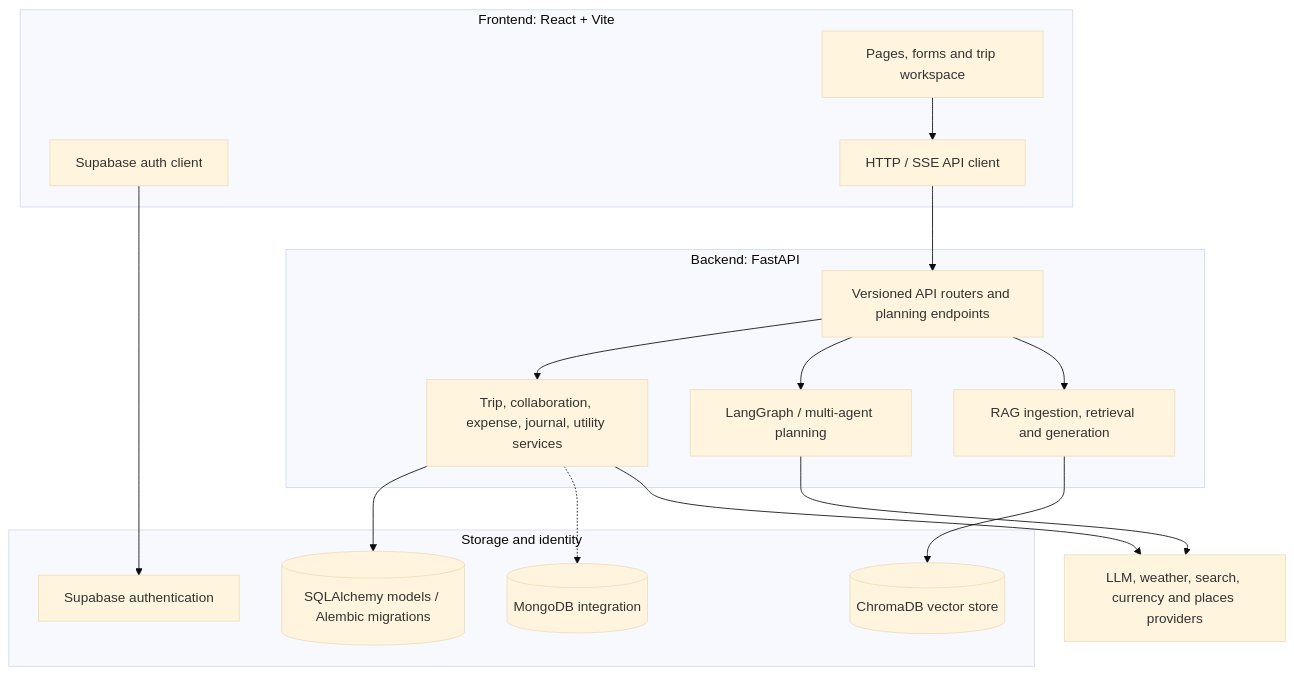
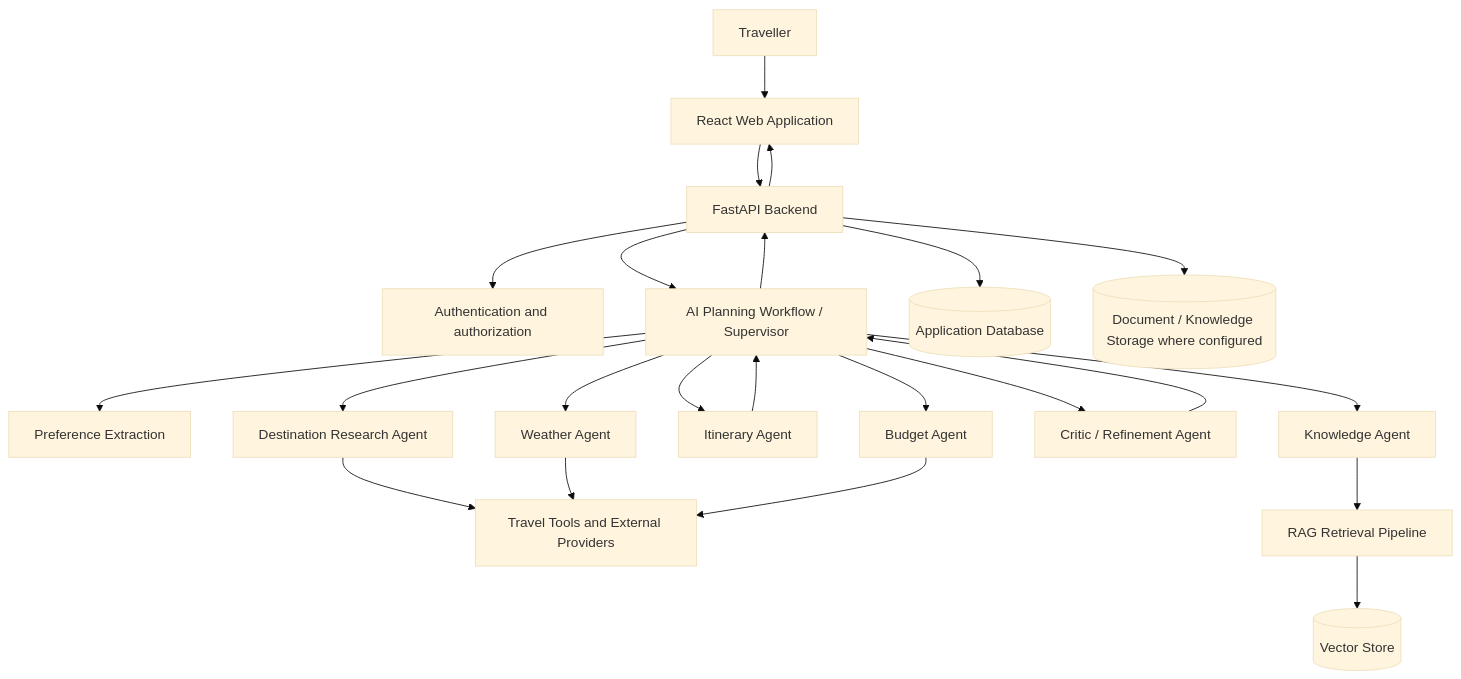
One commit to patilshrutika1803/Grevix_AITripWeaver changed the fourth of 7 diagrams in README.md. Above: the diagram before and after it, drawn with Mermaid (base theme). The commit also changed other lines of this file, not shown here.

````diff
--- a/README.md
+++ b/README.md
@@ -240,31 +303,25 @@
 ```mermaid
 flowchart TB
-  subgraph Client[Frontend: React + Vite]
-    UI[Pages, forms and trip workspace]
-    AuthUI[Supabase auth client]
-    APIClient[HTTP / SSE API client]
-  end
-  subgraph Server[Backend: FastAPI]
-    Routes[Versioned API routers and planning endpoints]
-    Services[Trip, collaboration, expense, journal, utility services]
-    Agents[LangGraph / multi-agent planning]
-    RAG[RAG ingestion, retrieval and generation]
-  end
-  subgraph Storage[Storage and identity]
-    SQL[(SQLAlchemy models / Alembic migrations)]
-    Mongo[(MongoDB integration)]
-    Vector[(ChromaDB vector store)]
-    Supabase[Supabase authentication]
-  end
-  Providers[LLM, weather, search, currency and places providers]
-  UI --> APIClient --> Routes
-  AuthUI --> Supabase
-  Routes --> Services
-  Routes --> Agents
-  Routes --> RAG
-  Services --> SQL
-  Services -.-> Mongo
-  RAG --> Vector
-  Agents --> Providers
-  Services --> Providers
+    U[Traveller] --> UI[React Web Application]
+    UI --> API[FastAPI Backend]
+    API --> AUTH[Authentication and authorization]
+    API --> WF[AI Planning Workflow / Supervisor]
+    WF --> PREF[Preference Extraction]
+    WF --> RES[Destination Research Agent]
+    WF --> WEA[Weather Agent]
+    WF --> ITI[Itinerary Agent]
+    WF --> BUD[Budget Agent]
+    WF --> CRI[Critic / Refinement Agent]
+    WF --> KNO[Knowledge Agent]
+    RES --> TOOLS[Travel Tools and External Providers]
+    WEA --> TOOLS
+    BUD --> TOOLS
+    KNO --> RAG[RAG Retrieval Pipeline]
+    RAG --> VDB[(Vector Store)]
+    API --> DB[(Application Database)]
+    API --> MONGO[(Document / Knowledge Storage where configured)]
+    ITI --> WF
+    CRI --> WF
+    WF --> API
+    API --> UI
 ```
````
